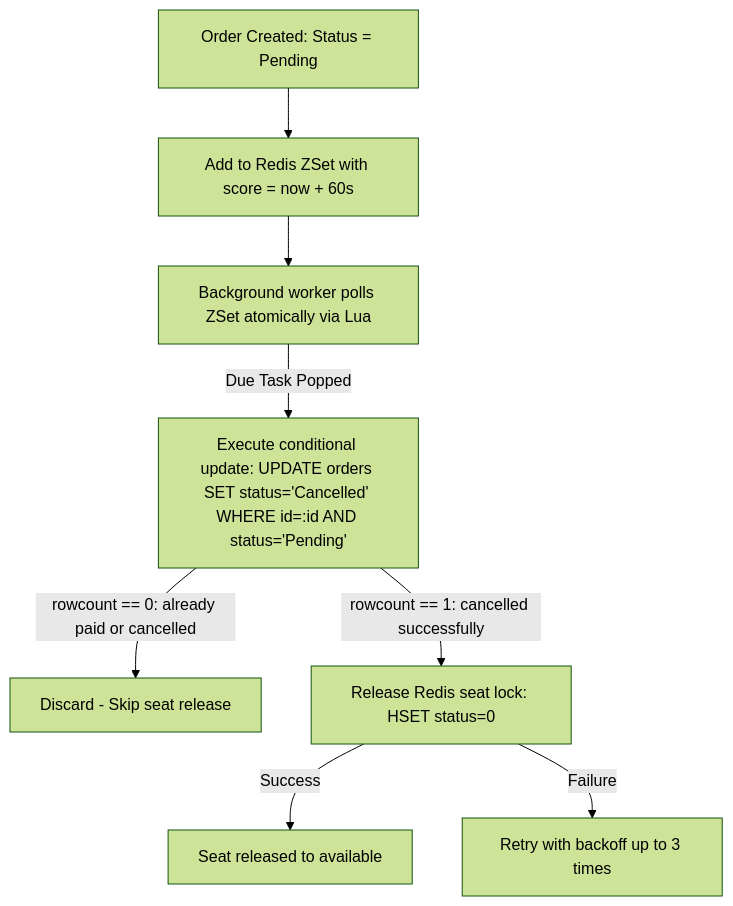
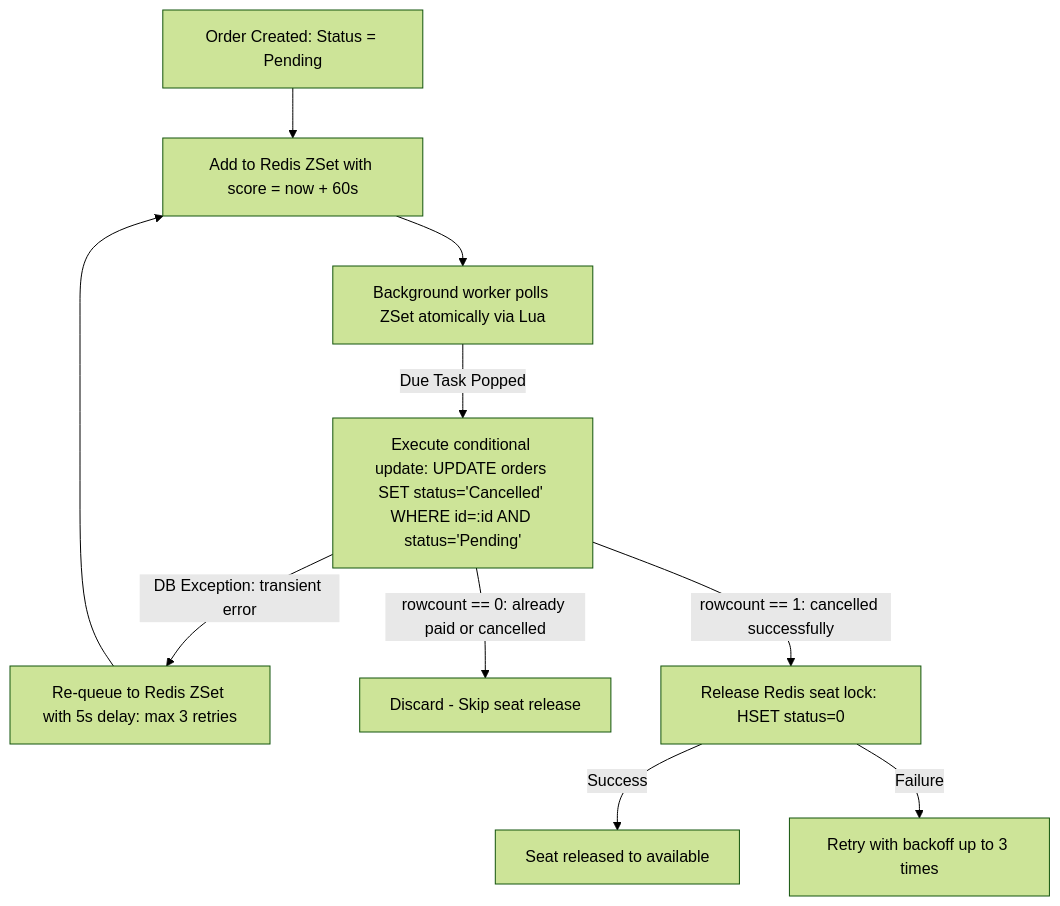
Before and after one commit to DEM-YU/flight_backend_project: the second of 2 diagrams in README.md, drawn with Mermaid (forest theme). The commit also changed other lines of this file and 2 other files, not shown here.

````diff
--- a/README.md
+++ b/README.md
@@ -131,10 +131,12 @@
 ```mermaid
 graph TD
     A[Order Created: Status = Pending] --> B["Add to Redis ZSet with score = now + 60s"]
     B --> C["Background worker polls ZSet atomically via Lua"]
     C -->|Due Task Popped| D["Execute conditional update: UPDATE orders SET status='Cancelled' WHERE id=:id AND status='Pending'"]
+    D -->|DB Exception: transient error| I["Re-queue to Redis ZSet with 5s delay: max 3 retries"]
+    I --> B
     D -->|rowcount == 0: already paid or cancelled| E[Discard - Skip seat release]
     D -->|rowcount == 1: cancelled successfully| F["Release Redis seat lock: HSET status=0"]
     F -->|Success| G[Seat released to available]
     F -->|Failure| H[Retry with backoff up to 3 times]
 ```
````
